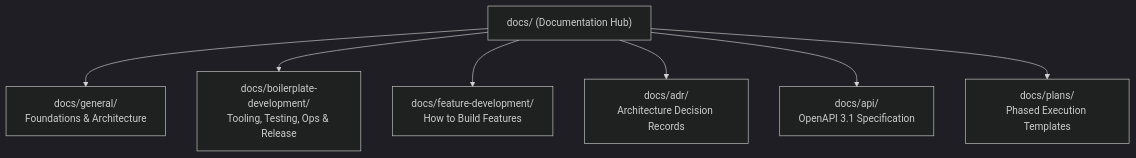
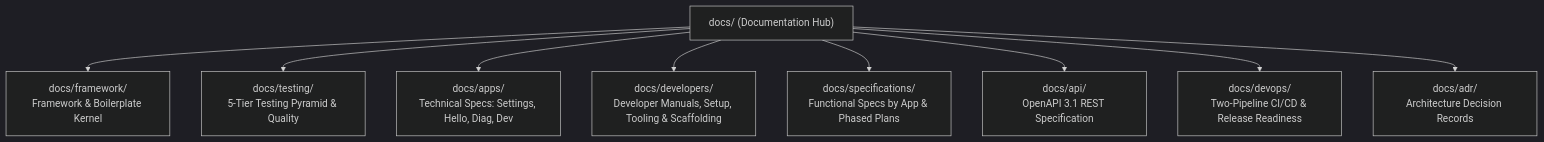
The diagram in docs/README.md (blackandcode/ai-ready-wp-plugin-boilerplate), drawn with Mermaid (dark theme) before and after one commit. The commit also changed other lines of this file and 190 other files, not shown here.

````diff
--- a/docs/README.md
+++ b/docs/README.md
@@ -7,9 +7,11 @@
 ```mermaid
 flowchart TD
-    DocsRoot["docs/ (Documentation Hub)"] --> General["docs/general/\nFoundations & Architecture"]
-    DocsRoot --> BoilerplateDev["docs/boilerplate-development/\nTooling, Testing, Ops & Release"]
-    DocsRoot --> FeatureDev["docs/feature-development/\nHow to Build Features"]
+    DocsRoot["docs/ (Documentation Hub)"] --> Framework["docs/framework/\nFramework & Boilerplate Kernel"]
+    DocsRoot --> Testing["docs/testing/\n5-Tier Testing Pyramid & Quality"]
+    DocsRoot --> Apps["docs/apps/\nTechnical Specs: Settings, Hello, Diag, Dev"]
+    DocsRoot --> Developers["docs/developers/\nDeveloper Manuals, Setup, Tooling & Scaffolding"]
+    DocsRoot --> Specifications["docs/specifications/\nFunctional Specs by App & Phased Plans"]
+    DocsRoot --> API["docs/api/\nOpenAPI 3.1 REST Specification"]
+    DocsRoot --> DevOps["docs/devops/\nTwo-Pipeline CI/CD & Release Readiness"]
     DocsRoot --> ADR["docs/adr/\nArchitecture Decision Records"]
-    DocsRoot --> API["docs/api/\nOpenAPI 3.1 Specification"]
-    DocsRoot --> Plans["docs/plans/\nPhased Execution Templates"]
 ```
````
